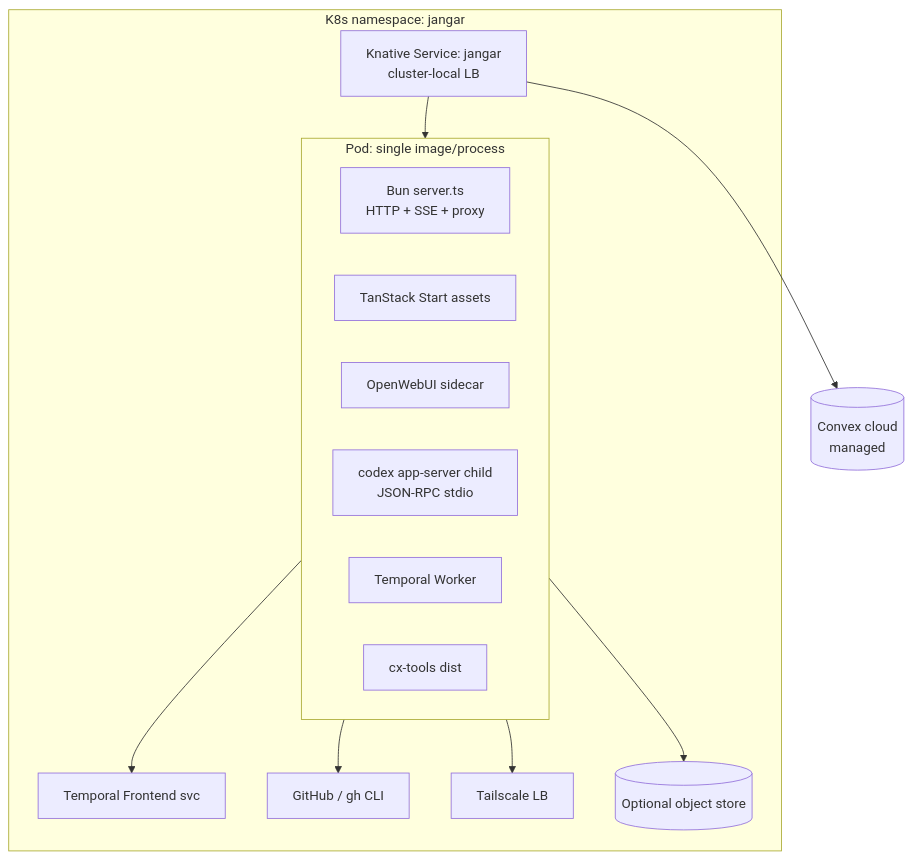
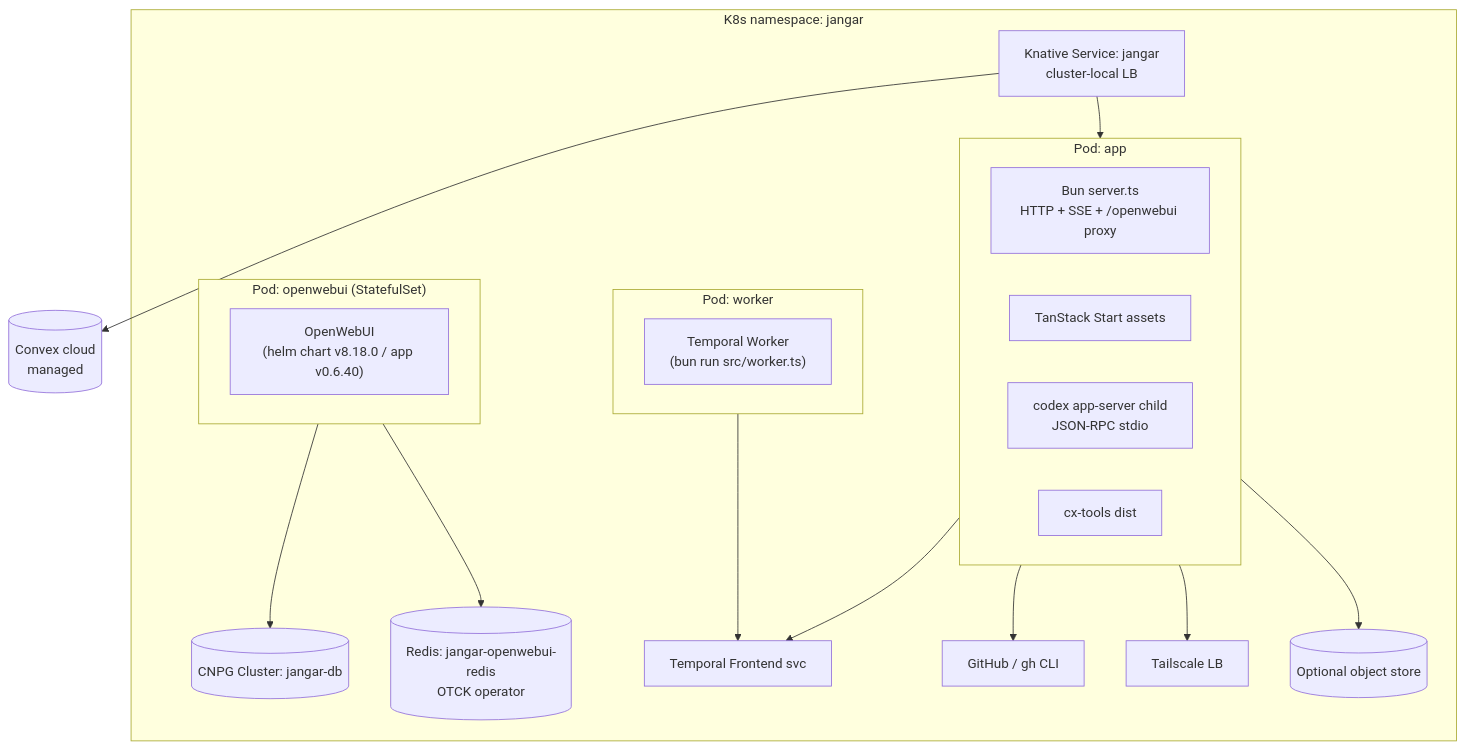
One commit to proompteng/lab changed the second of 3 diagrams in docs/jangar/design.md. Above: the diagram before and after it, drawn with Mermaid. The commit also changed other lines of this file and 19 other files, not shown here.

````diff
--- a/docs/jangar/design.md
+++ b/docs/jangar/design.md
@@ -70,19 +70,26 @@
 ```mermaid
 flowchart TD
-    subgraph NS[K8s namespace: jangar]
-        KS[Knative Service: jangar\ncluster-local LB] --> POD
-        subgraph POD[Pod: single image/process]
-            S[Bun server.ts\nHTTP + SSE + proxy]
-            UIA[TanStack Start assets]
-            OWUI[OpenWebUI sidecar]
-            APP[codex app-server child\nJSON-RPC stdio]
-            W[Temporal Worker]
-            CXB[cx-tools dist]
+    subgraph NS["K8s namespace: jangar"]
+        KS["Knative Service: jangar<br/>cluster-local LB"] --> APPPOD
+        subgraph APPPOD["Pod: app"]
+            S["Bun server.ts<br/>HTTP + SSE + /openwebui proxy"]
+            UIA["TanStack Start assets"]
+            APP["codex app-server child<br/>JSON-RPC stdio"]
+            CXB["cx-tools dist"]
         end
-        POD --> TF[Temporal Frontend svc]
-        POD --> GH[GitHub / gh CLI]
-        POD --> TS[Tailscale LB]
-        POD --> B[(Optional object store)]
+        subgraph WDPOD["Pod: worker"]
+            W["Temporal Worker<br/>(bun run src/worker.ts)"]
+        end
+        subgraph OWPOD["Pod: openwebui (StatefulSet)"]
+            OWUI["OpenWebUI<br/>(helm chart v8.18.0 / app v0.6.40)"]
+        end
+        OWPOD --> OWDB[("CNPG Cluster: jangar-db")]
+        OWPOD --> OWREDIS[("Redis: jangar-openwebui-redis<br/>OTCK operator")]
+        APPPOD --> TF["Temporal Frontend svc"]
+        WDPOD --> TF
+        APPPOD --> GH["GitHub / gh CLI"]
+        APPPOD --> TS["Tailscale LB"]
+        APPPOD --> B[("Optional object store")]
     end
-    KS --> CVX[(Convex cloud\nmanaged)]
+    KS --> CVX[("Convex cloud<br/>managed")]
 ```
````
